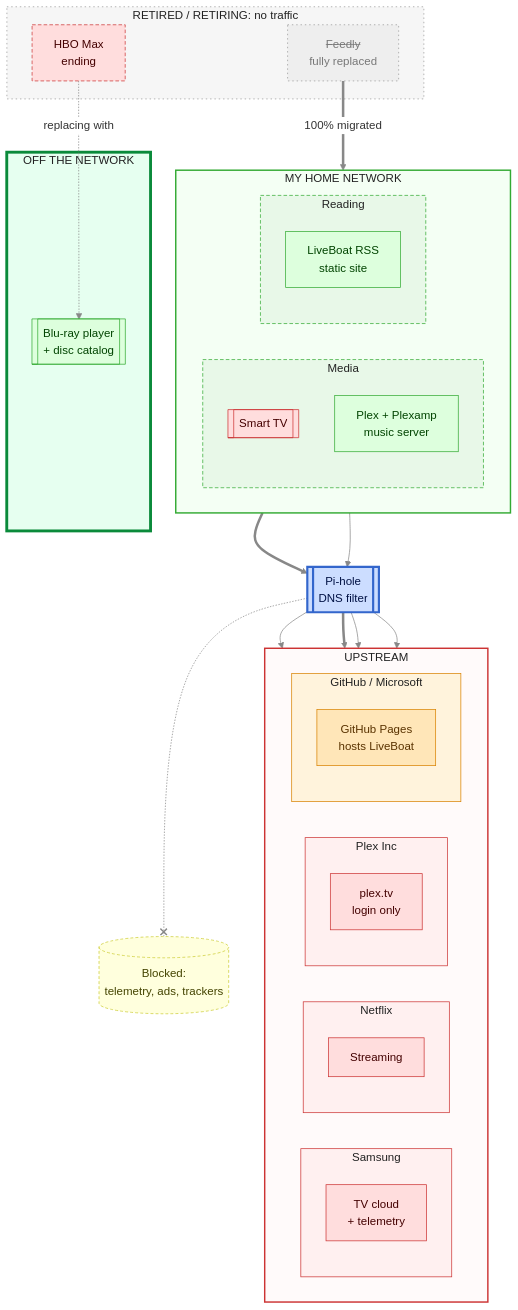
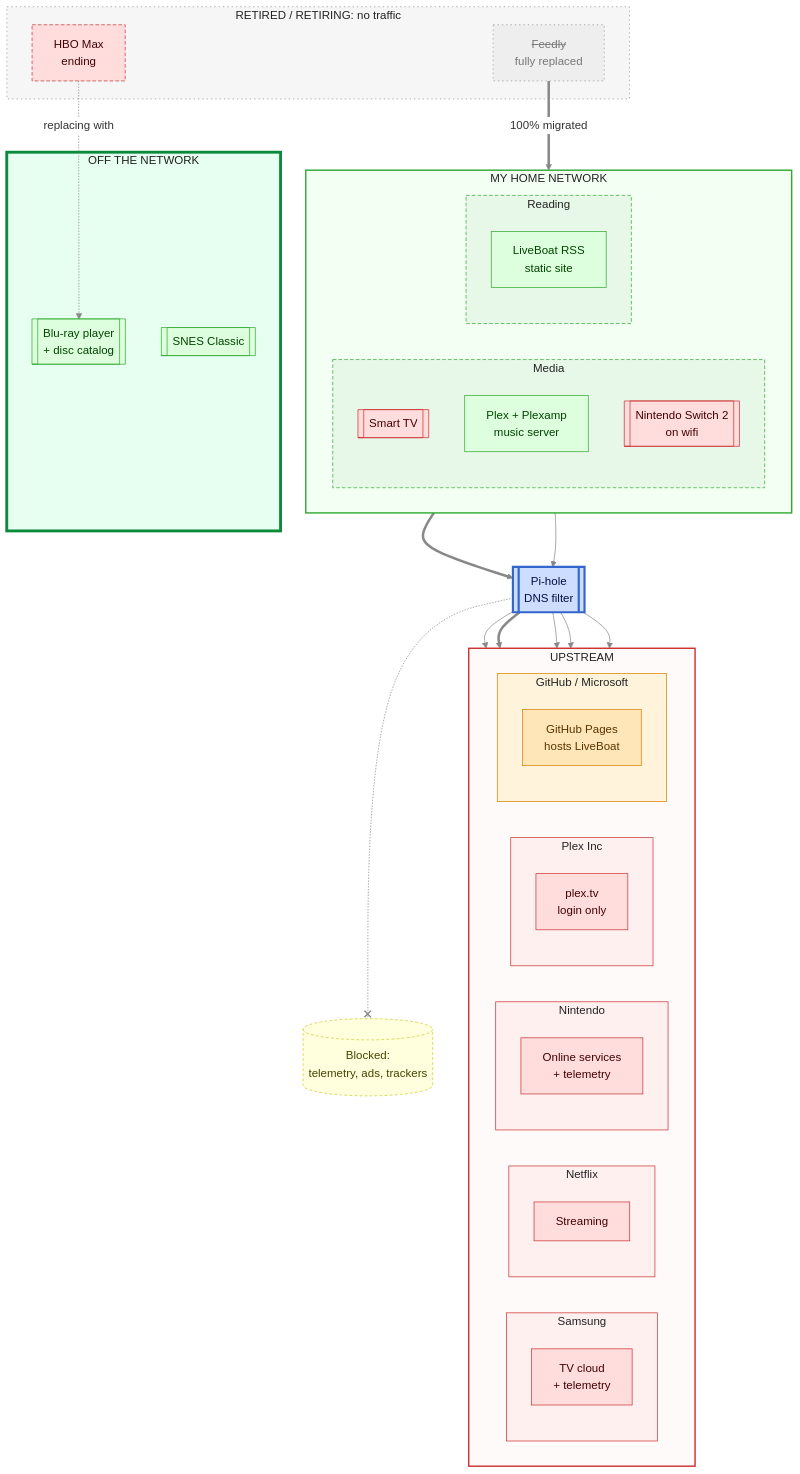
Before and after one commit to lowlydba/torch-the-tech: the second of 5 diagrams in README.md, drawn with Mermaid. The commit also changed other lines of this file, not shown here.

Commit message:
Add Switch 2 and SNES Classic

````diff
--- a/README.md
+++ b/README.md
@@ -80,6 +80,7 @@
             direction TB
             frame[[Smart TV]]
             plex[Plex + Plexamp<br/>music server]
+            switch2[[Nintendo Switch 2<br/>on wifi]]
         end
 
         subgraph h_reading["Reading"]
@@ -95,6 +96,7 @@
 
     subgraph offline["OFF THE NETWORK"]
         bluray[[Blu-ray player<br/>+ disc catalog]]
+        snes[[SNES Classic]]
     end
 
     pihole[[Pi-hole<br/>DNS filter]]
@@ -109,6 +111,10 @@
 
         subgraph netflix["Netflix"]
             nflx[Streaming]
+        end
+
+        subgraph nintendo["Nintendo"]
+            ncloud[Online services<br/>+ telemetry]
         end
 
         subgraph plexinc["Plex Inc"]
@@ -128,6 +134,7 @@
     pihole -.-x blocked
     pihole --> samsung
     pihole ==> netflix
+    pihole --> nintendo
     pihole --> plexinc
     pihole --> github
 
@@ -137,10 +144,10 @@
     classDef hosted fill:#ffe6b8,stroke:#d98200,color:#5a3300
     classDef gone fill:#eee,stroke:#999,stroke-dasharray: 2 4,color:#777
     classDef note fill:#ffd,stroke:#cc3,stroke-dasharray: 4 3,color:#440
-    class scloud,nflx,hbo,plextv big
+    class scloud,nflx,hbo,plextv,ncloud,switch2 big
     class ghpages hosted
     class frame big
-    class plex,liveboat,bluray self
+    class plex,liveboat,bluray,snes self
     class pihole gate
     class feedly gone
     class blocked note
@@ -154,5 +161,6 @@
     style netflix fill:#fff0f0,stroke:#c33,color:#222
     style hbo stroke-dasharray: 5 3
     style plexinc fill:#fff0f0,stroke:#c33,color:#222
+    style nintendo fill:#fff0f0,stroke:#c33,color:#222
     style github fill:#fff3dc,stroke:#d98200,color:#222
 ```
````
